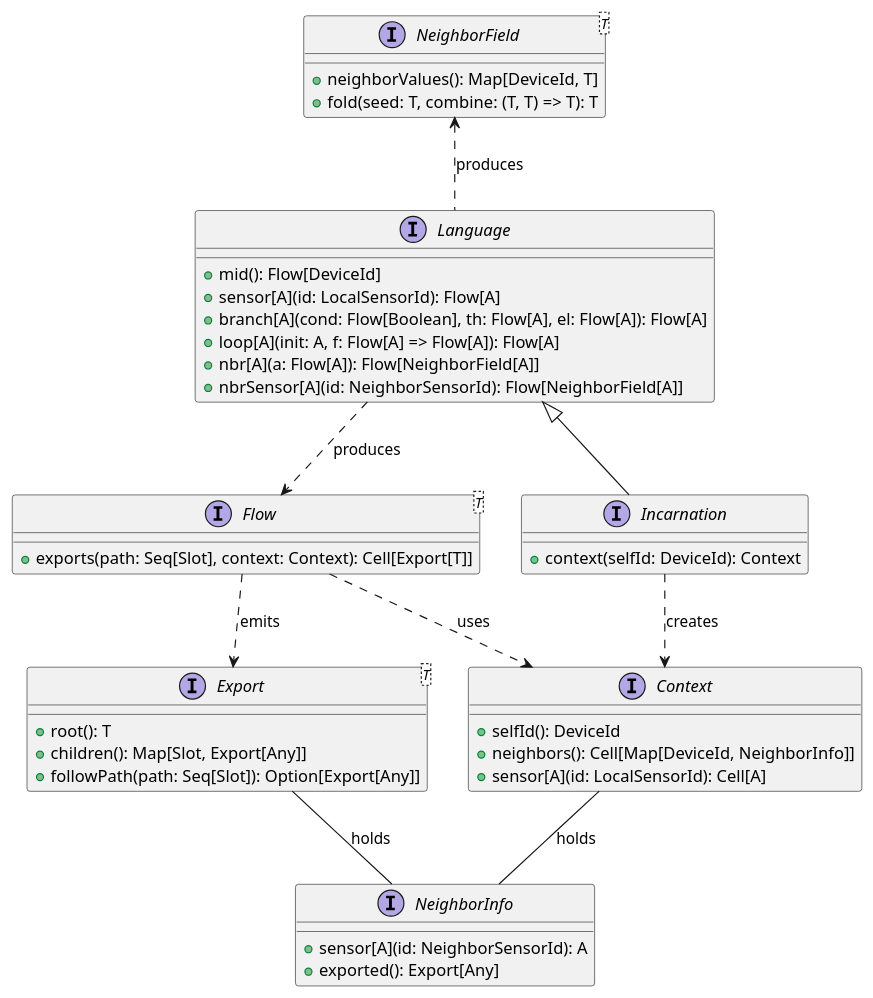
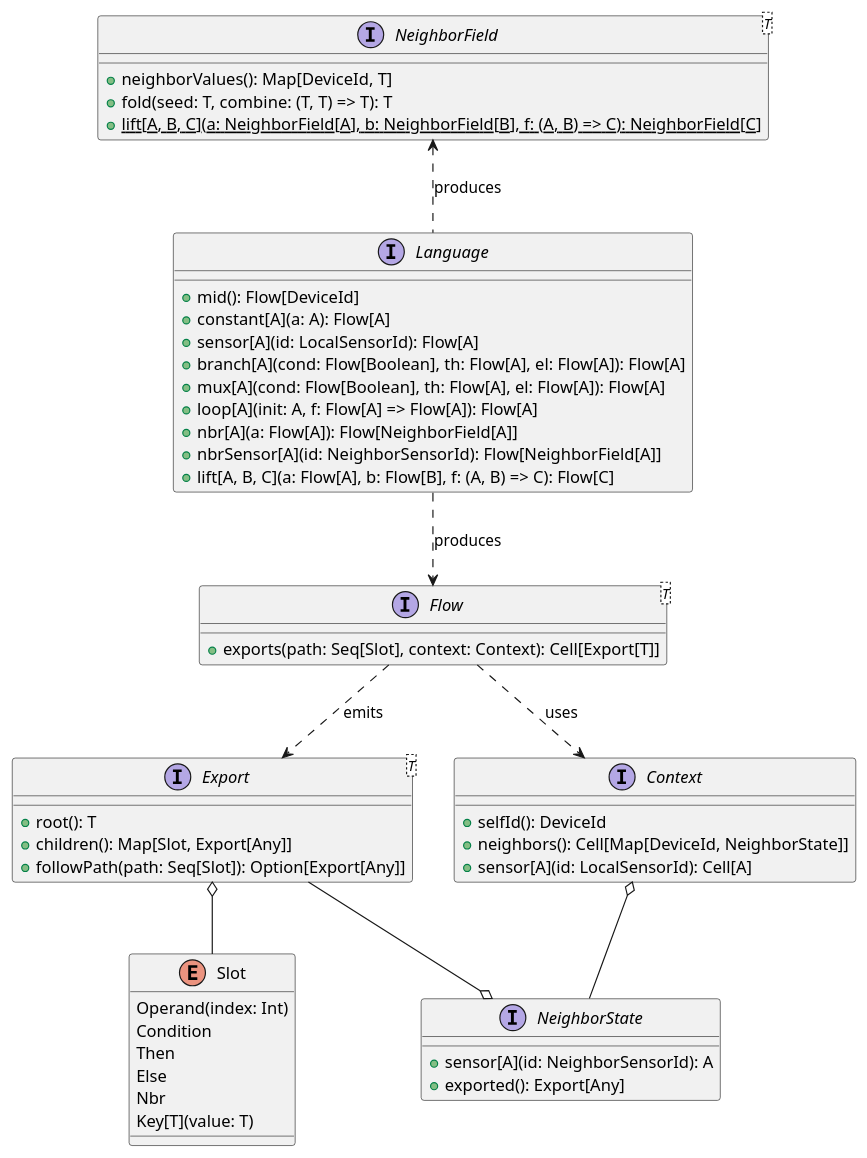
The diagram in diagrams/design.puml (francescodente/distributed-frp-thesis), drawn with PlantUML before and after one commit. The commit also changed 19 other files, not shown here.

```diff
--- a/diagrams/design.puml
+++ b/diagrams/design.puml
@@ -1,51 +1,59 @@
 @startuml
 
 interface NeighborField<T> {
   + neighborValues(): Map[DeviceId, T]
   + fold(seed: T, combine: (T, T) => T): T
+  {static} + lift[A, B, C](a: NeighborField[A], b: NeighborField[B], f: (A, B) => C): NeighborField[C]
 }
 
 interface Flow<T> {
   + exports(path: Seq[Slot], context: Context): Cell[Export[T]]
 }
 
 interface Export<T> {
   + root(): T
   + children(): Map[Slot, Export[Any]]
   + followPath(path: Seq[Slot]): Option[Export[Any]]
 }
 
 interface Language {
   + mid(): Flow[DeviceId]
+  + constant[A](a: A): Flow[A]
   + sensor[A](id: LocalSensorId): Flow[A]
   + branch[A](cond: Flow[Boolean], th: Flow[A], el: Flow[A]): Flow[A]
+  + mux[A](cond: Flow[Boolean], th: Flow[A], el: Flow[A]): Flow[A]
   + loop[A](init: A, f: Flow[A] => Flow[A]): Flow[A]
   + nbr[A](a: Flow[A]): Flow[NeighborField[A]]
   + nbrSensor[A](id: NeighborSensorId): Flow[NeighborField[A]]
+  + lift[A, B, C](a: Flow[A], b: Flow[B], f: (A, B) => C): Flow[C]
 }
 
-interface NeighborInfo {
+interface NeighborState {
   + sensor[A](id: NeighborSensorId): A
   + exported(): Export[Any]
 }
 
 interface Context {
   + selfId(): DeviceId
-  + neighbors(): Cell[Map[DeviceId, NeighborInfo]]
+  + neighbors(): Cell[Map[DeviceId, NeighborState]]
   + sensor[A](id: LocalSensorId): Cell[A]
 }
 
-interface Incarnation {
-  + context(selfId: DeviceId): Context
+enum Slot {
+  {field} Operand(index: Int)
+  {field} Condition
+  {field} Then
+  {field} Else
+  {field} Nbr
+  {field} Key[T](value: T)
 }
 
-Language <|-- Incarnation
-Incarnation ..> Context : creates
 Language ..> Flow : produces
 Language .up.> NeighborField : produces
-Context -- NeighborInfo : holds
-Export -- NeighborInfo : holds
+Context o-- NeighborState
+Export --o NeighborState
 Flow ..> Export : emits
 Flow ..> Context : uses
+Export o-- Slot
 
 @enduml
```
